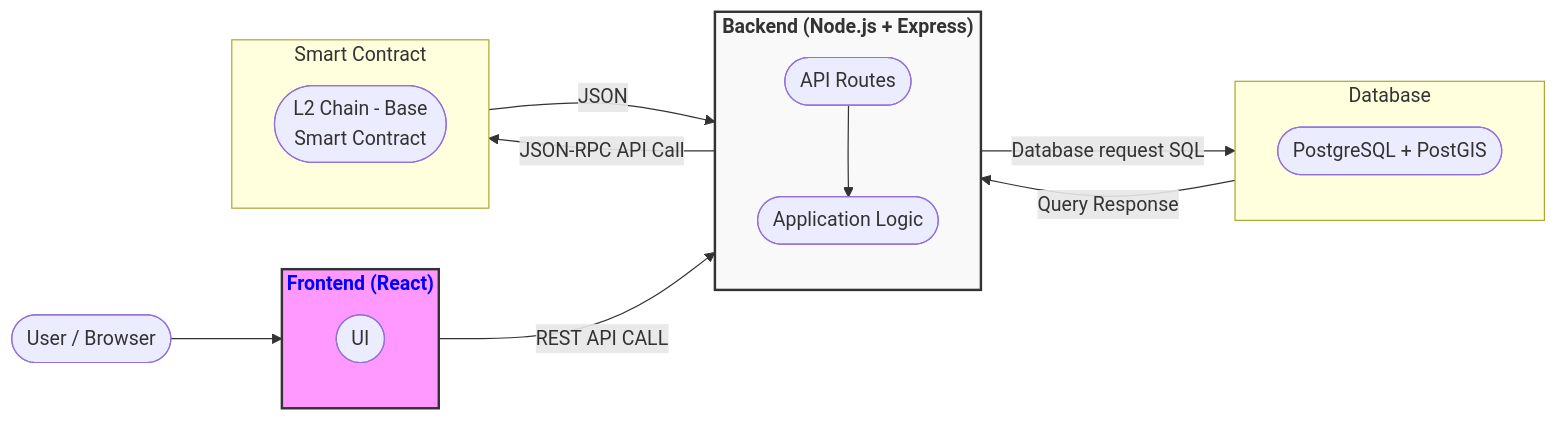
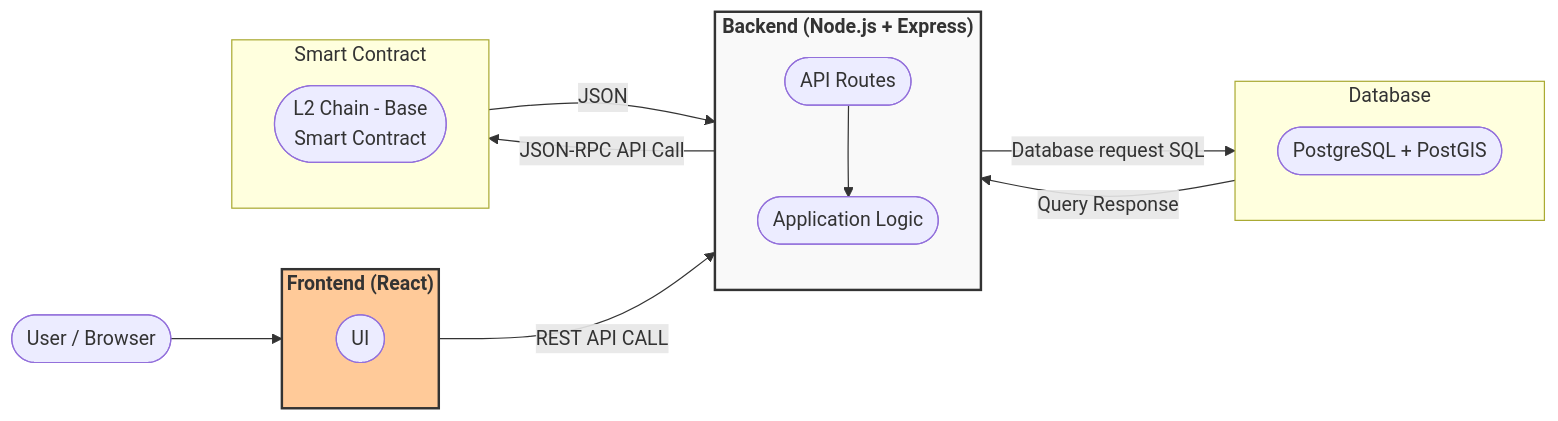
Before and after one commit to AnnaP464/COMP-4350-Group-8: the diagram in Sprint 0/sprint0.md, drawn with Mermaid.

````diff
--- a/Sprint 0/sprint0.md
+++ b/Sprint 0/sprint0.md
@@ -9,38 +9,38 @@
 ```mermaid
 flowchart LR
   user([User / Browser])
 
   subgraph FE ["Frontend (React)"]
     direction TB
     app([UI])
   end
 
-style FE fill:#f9f,stroke:#333,stroke-width:2px,color:#0000ff
+style FE fill:#ffca99,stroke:#333,stroke-width:2px,color:#0
 
   subgraph BE ["Backend (Node.js + Express)"]
     direction TB
     api([API Routes])
     logic([Application Logic])
   end
 
   subgraph db ["Database"]
     data([PostgreSQL + PostGIS])
   end
   subgraph l2 ["Smart Contract"]
     block([L2 Chain - Base<br/>Smart Contract])
   end
 
   %% Connections
   user --> app
   app -->|REST API CALL| api
   api --> logic
   logic --> |Database request SQL|db
   db --> |Query Response|logic
   logic -->|JSON-RPC API Call| l2
   l2 --> |JSON| logic
 
  %% Styling
   classDef bigLabel font-size:16px,font-weight:bold,fill:#f9f9f9,stroke:#333,stroke-width:2px;
   class BE bigLabel
   class FE bigLabel
 ```
````
